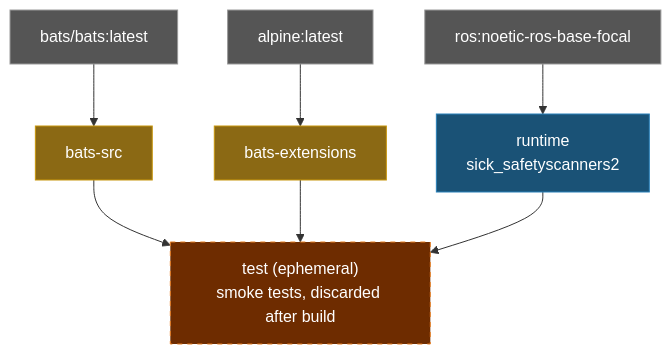
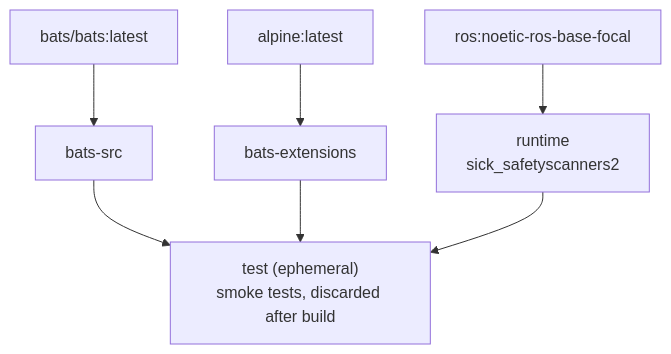
Before and after one commit to ycpss91255-docker/sick_noetic: the diagram in README.md, drawn with Mermaid. The commit also changed 3 other files, not shown here.

Commit message:
docs: remove mermaid background colors from architecture diagrams (#15)

````diff
--- a/README.md
+++ b/README.md
@@ -84,20 +84,16 @@
 ```mermaid
 graph TD
-    EXT1["bats/bats:latest"]:::external
-    EXT2["alpine:latest"]:::external
-    EXT3["ros:noetic-ros-base-focal"]:::external
+    EXT1["bats/bats:latest"]
+    EXT2["alpine:latest"]
+    EXT3["ros:noetic-ros-base-focal"]
 
-    EXT1 --> bats-src["bats-src"]:::tool
-    EXT2 --> bats-ext["bats-extensions"]:::tool
+    EXT1 --> bats-src["bats-src"]
+    EXT2 --> bats-ext["bats-extensions"]
 
-    EXT3 --> runtime["runtime\nsick_safetyscanners2"]:::stage
+    EXT3 --> runtime["runtime\nsick_safetyscanners2"]
 
-    bats-src --> test["test (ephemeral)\nsmoke tests, discarded after build"]:::ephemeral
+    bats-src --> test["test (ephemeral)\nsmoke tests, discarded after build"]
     bats-ext --> test
     runtime --> test
 
-    classDef external fill:#555,color:#fff,stroke:#999
-    classDef tool fill:#8B6914,color:#fff,stroke:#c8960c
-    classDef stage fill:#1a5276,color:#fff,stroke:#2980b9
-    classDef ephemeral fill:#6e2c00,color:#fff,stroke:#e67e22,stroke-dasharray:5 5
 ```
````
